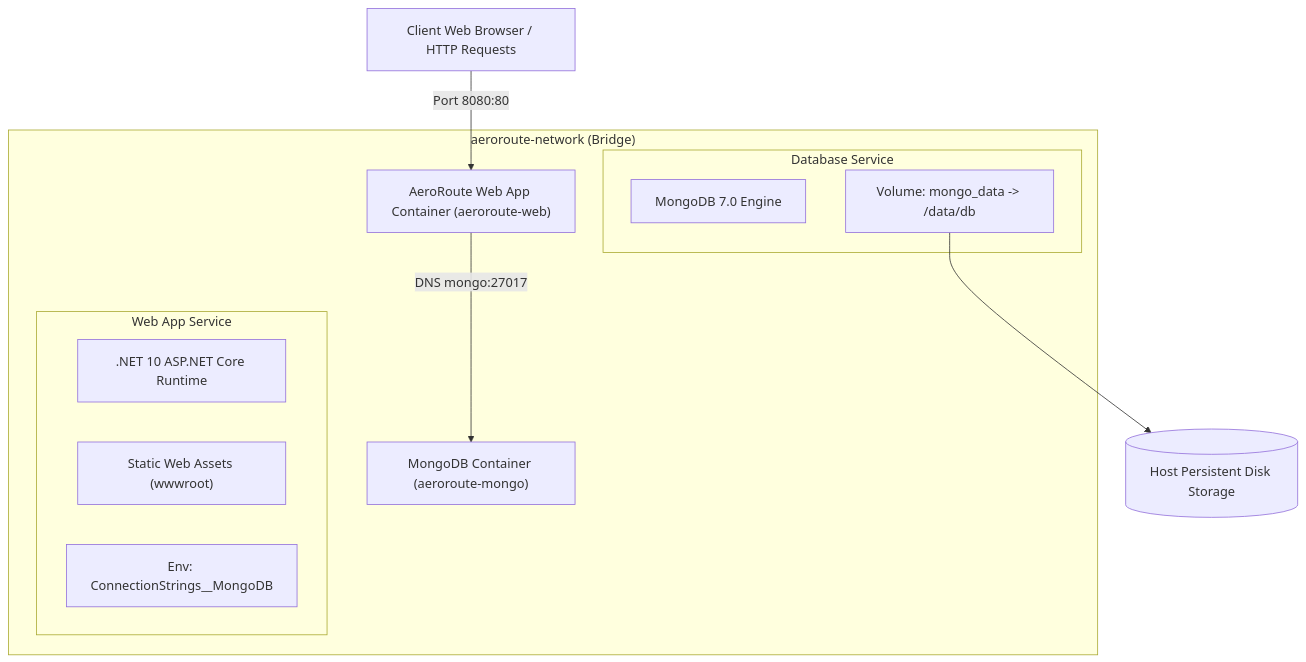
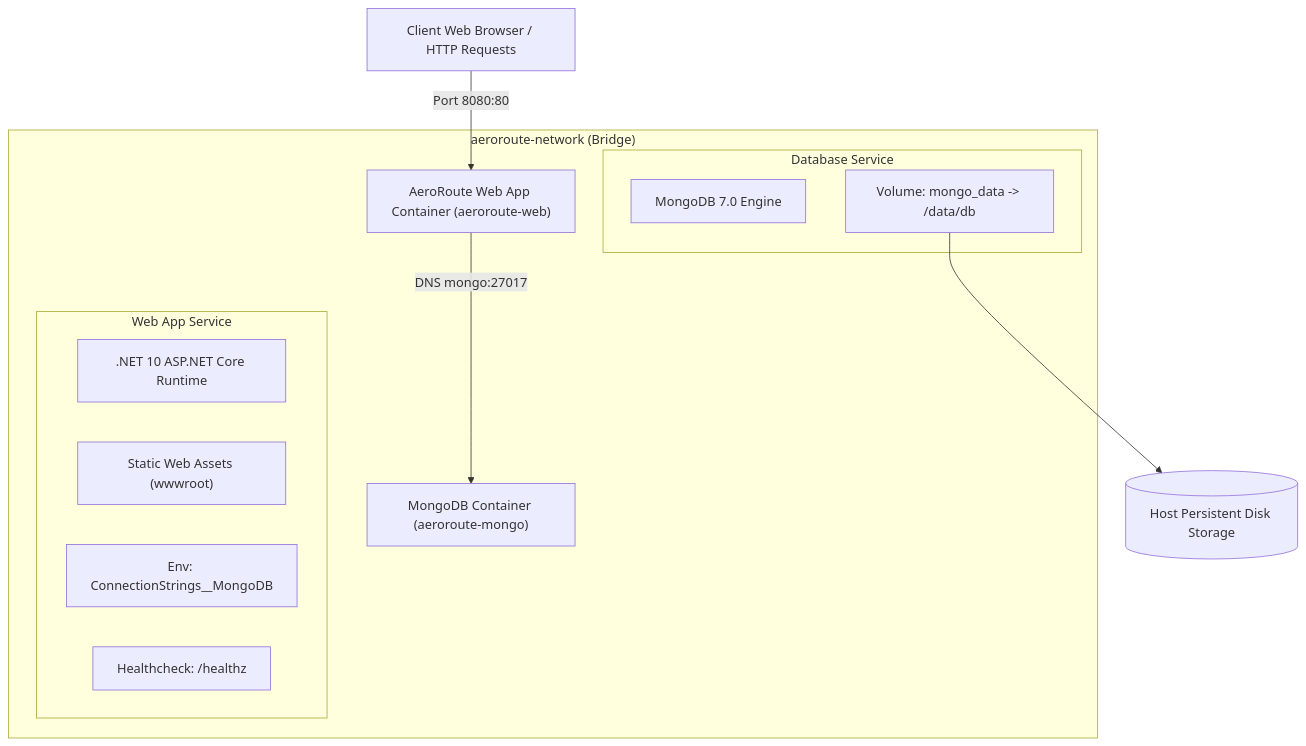
The first of 2 diagrams in docs/DEPLOYMENT_MODEL.md (frodorix/Dronzientp), drawn with Mermaid before and after one commit. The commit also changed other lines of this file and 1 other file, not shown here.

````diff
--- a/docs/DEPLOYMENT_MODEL.md
+++ b/docs/DEPLOYMENT_MODEL.md
@@ -9,21 +9,22 @@
 ```mermaid
 graph TD
     UserClient["Client Web Browser / HTTP Requests"] -->|Port 8080:80| WebContainer["AeroRoute Web App Container (aeroroute-web)"]
     
     subgraph Docker Network ["aeroroute-network (Bridge)"]
         WebContainer -->|DNS mongo:27017| MongoContainer["MongoDB Container (aeroroute-mongo)"]
         
         subgraph WebContainerDetails ["Web App Service"]
             DotnetRuntime[".NET 10 ASP.NET Core Runtime"]
             StaticUI["Static Web Assets (wwwroot)"]
             AppConfig["Env: ConnectionStrings__MongoDB"]
+            HealthEndpoint["Healthcheck: /healthz"]
         end
         
         subgraph MongoContainerDetails ["Database Service"]
             MongoEngine["MongoDB 7.0 Engine"]
             VolMount["Volume: mongo_data -> /data/db"]
         end
     end
 
     VolMount --> HostStorage[("Host Persistent Disk Storage")]
 ```
````
